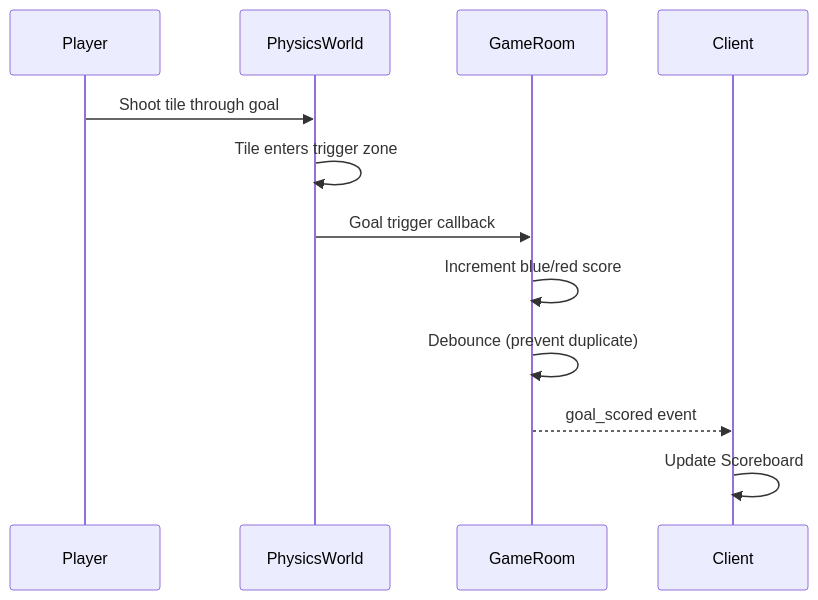
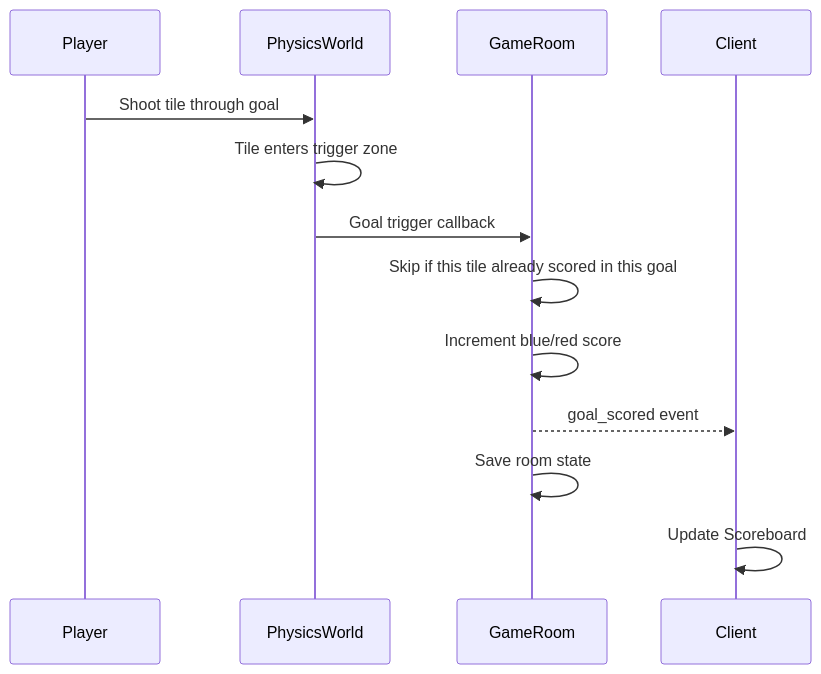
Before and after one commit to nguyenvanduocit/the-car-game: diagram 15 of 16 in docs/GAME_LOGIC.md, drawn with Mermaid. The commit also changed other lines of this file and 18 other files, not shown here.

````diff
--- a/docs/GAME_LOGIC.md
+++ b/docs/GAME_LOGIC.md
@@ -432,15 +468,16 @@
 ```mermaid
 sequenceDiagram
     participant P as Player
     participant PW as PhysicsWorld
     participant GR as GameRoom
     participant C as Client
 
     P->>PW: Shoot tile through goal
     PW->>PW: Tile enters trigger zone
     PW->>GR: Goal trigger callback
+    GR->>GR: Skip if this tile already scored in this goal
     GR->>GR: Increment blue/red score
-    GR->>GR: Debounce (prevent duplicate)
     GR-->>C: goal_scored event
+    GR->>GR: Save room state
     C->>C: Update Scoreboard
 ```
````
